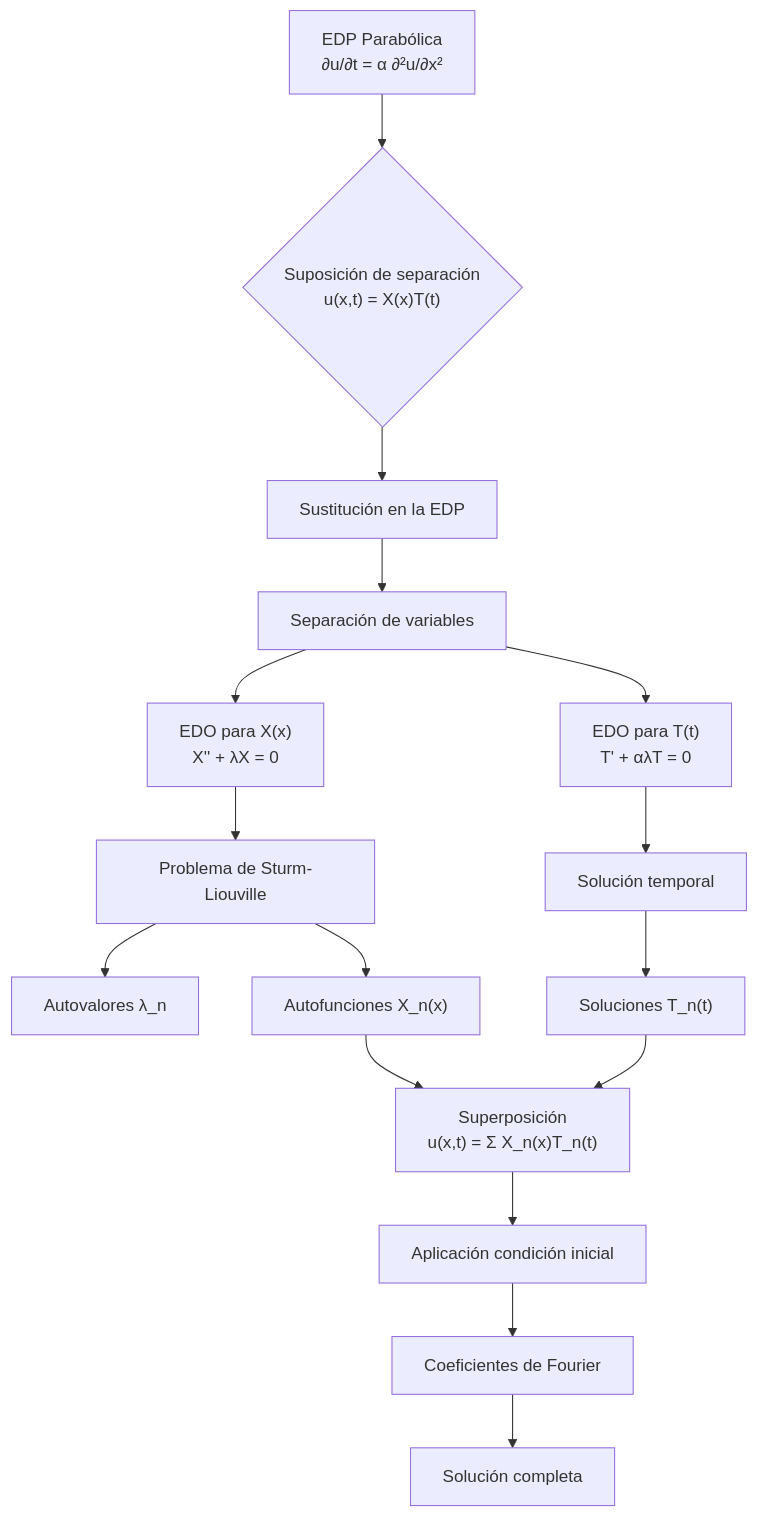
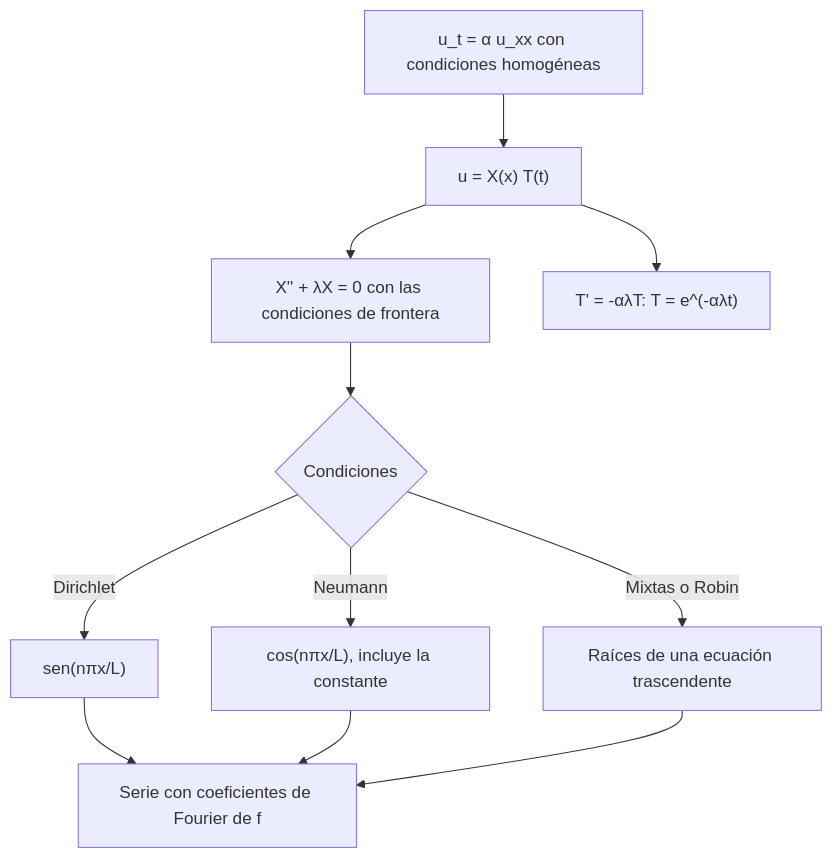
The diagram in public/documents/semester-4/3/4374.md (djaimej/computer-science-template), drawn with Mermaid before and after one commit. The commit also changed other lines of this file and 3 other files, not shown here.

````diff
--- a/public/documents/semester-4/3/4374.md
+++ b/public/documents/semester-4/3/4374.md
@@ -35,23 +22,13 @@
 ```mermaid
 flowchart TD
-    A[EDP Parabólica<br>∂u/∂t = α ∂²u/∂x²] --> B{"Suposición de separación<br>u(x,t) = X(x)T(t)"}
-    B --> C[Sustitución en la EDP]
-    C --> D[Separación de variables]
-    D --> E["EDO para X(x)<br>X'' + λX = 0"]
-    D --> F["EDO para T(t)<br>T' + αλT = 0"]
-
-    E --> G[Problema de Sturm-Liouville]
-    F --> H[Solución temporal]
-
-    G --> I[Autovalores λ_n]
-    G --> J["Autofunciones X_n(x)"]
-
-    H --> K["Soluciones T_n(t)"]
-
-    J --> L["Superposición<br>u(x,t) = Σ X_n(x)T_n(t)"]
-    K --> L
-
-    L --> M[Aplicación condición inicial]
-    M --> N[Coeficientes de Fourier]
-    N --> O[Solución completa]
+    A["u_t = α u_xx con condiciones homogéneas"] --> B["u = X(x) T(t)"]
+    B --> C["X'' + λX = 0 con las condiciones de frontera"]
+    B --> D["T' = -αλT: T = e^(-αλt)"]
+    C --> E{"Condiciones"}
+    E -->|"Dirichlet"| F["sen(nπx/L)"]
+    E -->|"Neumann"| G["cos(nπx/L), incluye la constante"]
+    E -->|"Mixtas o Robin"| H["Raíces de una ecuación trascendente"]
+    F --> I["Serie con coeficientes de Fourier de f"]
+    G --> I
+    H --> I
 ```
````
